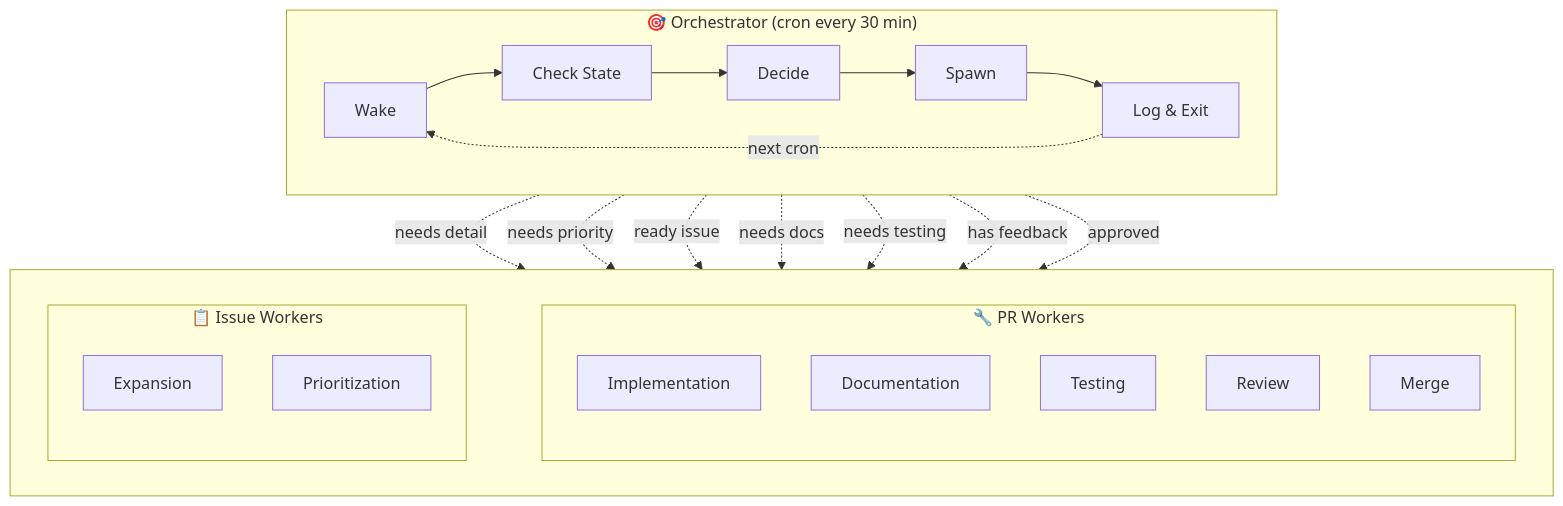
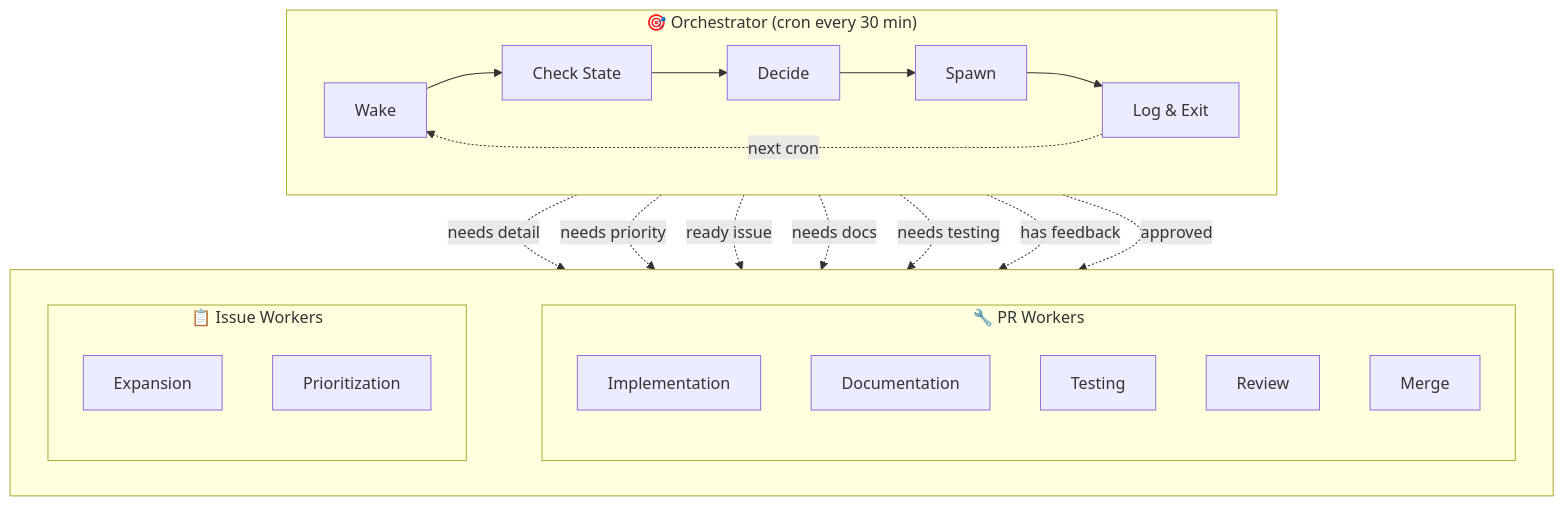
Before and after one commit to jpshackelford/.openhands: the first of 3 diagrams in plugins/ohtv-workflow/README.md, drawn with Mermaid.

Commit message:
fix: anchor Orchestrator to left with invisible link wake~~~exp

````diff
--- a/plugins/ohtv-workflow/README.md
+++ b/plugins/ohtv-workflow/README.md
@@ -7,36 +7,37 @@
 ```mermaid
 flowchart TB
     subgraph Orch["🎯 Orchestrator (cron every 30 min)"]
         direction LR
         wake["Wake"] --> check["Check State"] --> decide["Decide"] --> spawn["Spawn"] --> log["Log & Exit"]
         log -.->|"next cron"| wake
     end
 
     subgraph WorkerColumns[" "]
         direction LR
         subgraph IssueWorkers["📋 Issue Workers"]
             direction TB
             exp["Expansion"]
             pri["Prioritization"]
         end
 
         subgraph PRWorkers["🔧 PR Workers"]
             direction TB
             imp["Implementation"]
             doc["Documentation"]
             tst["Testing"]
             rev["Review"]
             mrg["Merge"]
         end
     end
 
+    wake ~~~ exp
+    exp ~~~ imp
+    
     spawn -.->|"needs detail"| exp
     spawn -.->|"needs priority"| pri
     spawn -.->|"ready issue"| imp
     spawn -.->|"needs docs"| doc
     spawn -.->|"needs testing"| tst
     spawn -.->|"has feedback"| rev
     spawn -.->|"approved"| mrg
-    
-    exp ~~~ imp
 ```
````
